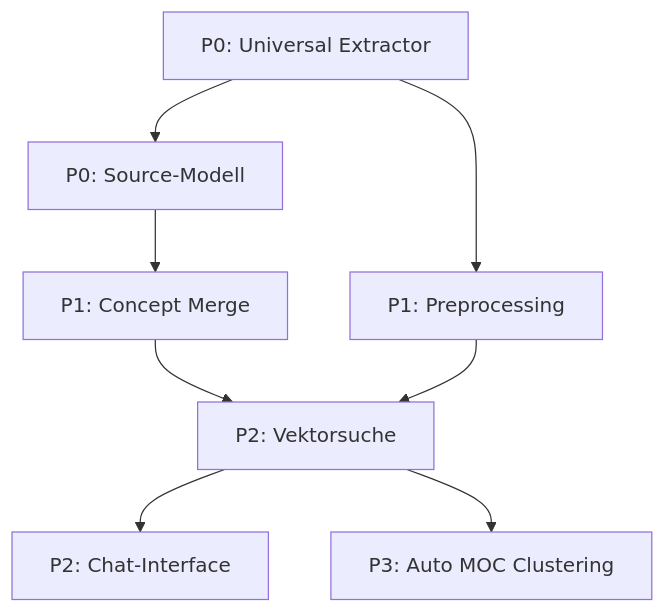
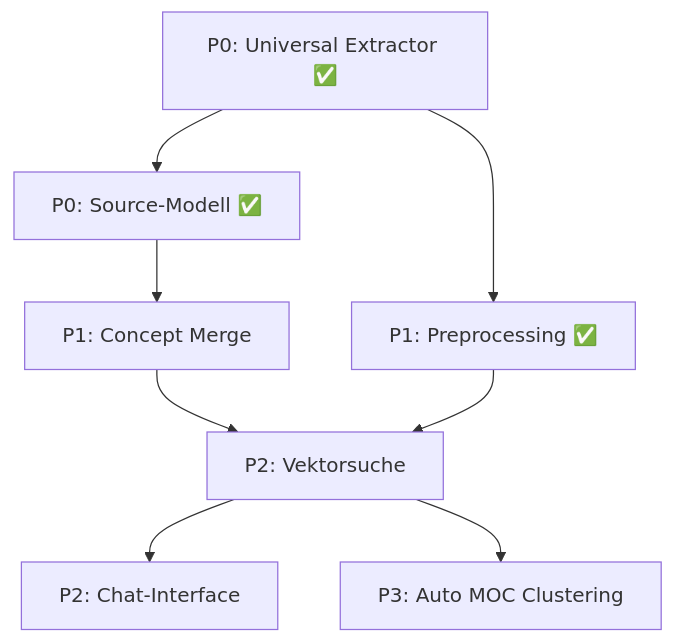
One commit to sdbaron/ebook-ingest changed the diagram in docs/README.md. Above: the diagram before and after it, drawn with Mermaid. The commit also changed other lines of this file and 1 other file, not shown here.

First line of the commit message:
docs: update README and roadmap for completed P0/P1 features

````diff
--- a/docs/README.md
+++ b/docs/README.md
@@ -30,10 +32,10 @@
 ```mermaid
 graph TD
-    P0A[P0: Universal Extractor] --> P0B[P0: Source-Modell]
-    P0A --> P1B[P1: Preprocessing]
+    P0A[P0: Universal Extractor ✅] --> P0B[P0: Source-Modell ✅]
+    P0A --> P1B[P1: Preprocessing ✅]
     P0B --> P1A[P1: Concept Merge]
     P1A --> P2A[P2: Vektorsuche]
     P1B --> P2A
     P2A --> P2B[P2: Chat-Interface]
     P2A --> P3[P3: Auto MOC Clustering]
 ```
````
